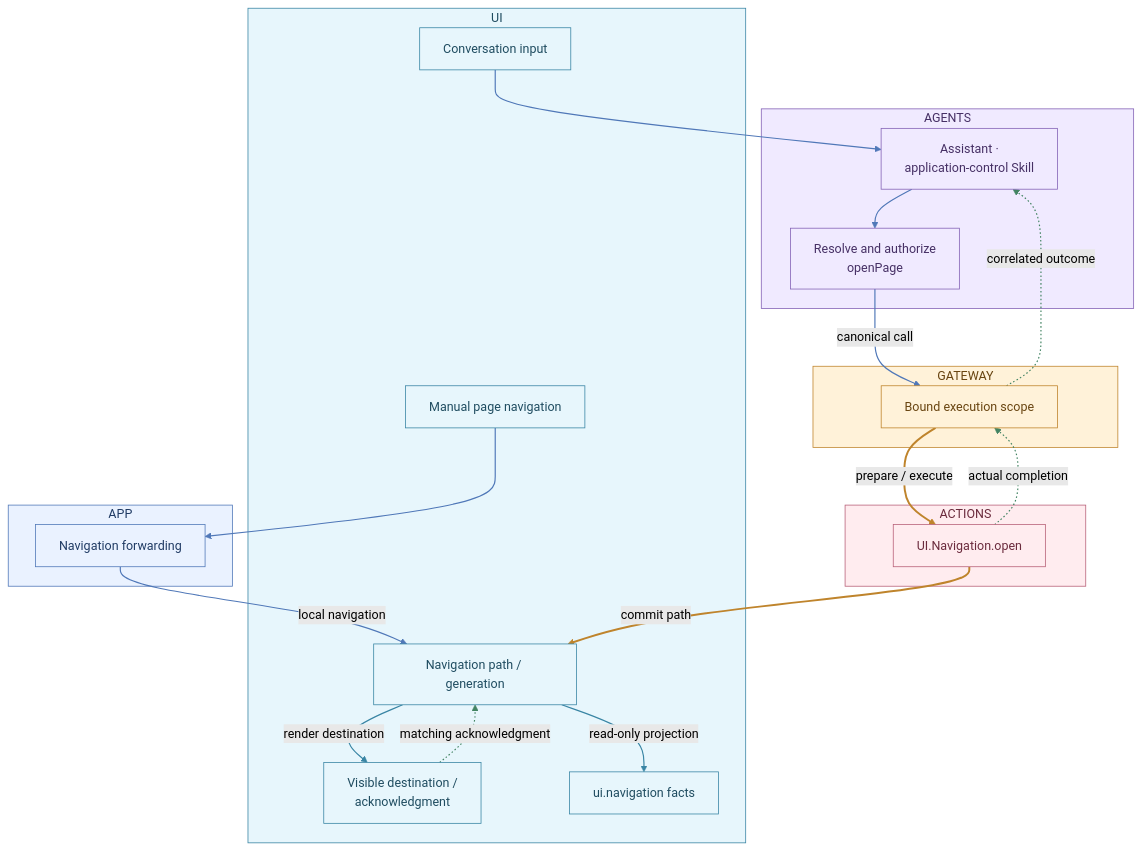
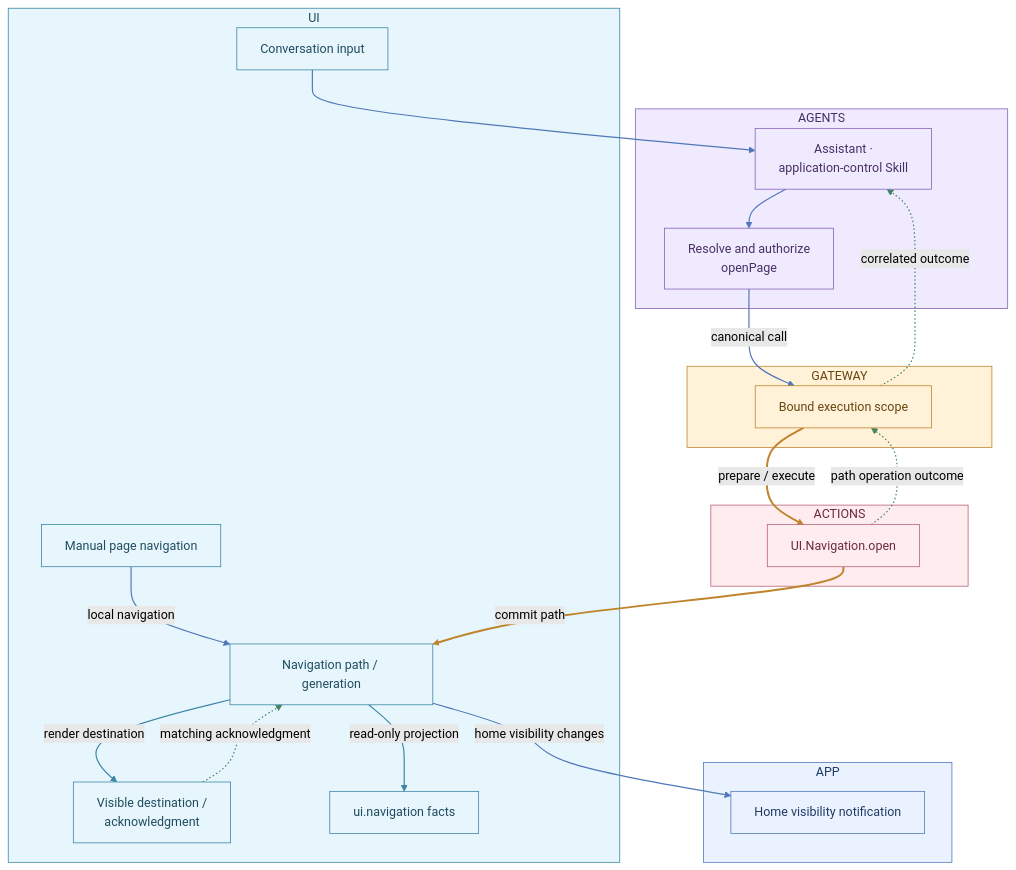
Before and after one commit to devilyouwei/MobileHarness: the ninth of 27 diagrams in MobileHarness/README.md, drawn with Mermaid (forest theme). The commit also changed other lines of this file and 115 other files, not shown here.

````diff
--- a/MobileHarness/README.md
+++ b/MobileHarness/README.md
@@ -574,57 +580,57 @@
 ```mermaid
 flowchart TB
     subgraph Interaction["UI"]
         Touch["Manual page navigation"]:::ui
         Input["Conversation input"]:::ui
         State["Navigation path / generation"]:::ui
         View["Visible destination /<br/>acknowledgment"]:::ui
         Facts["ui.navigation facts"]:::ui
     end
     style Interaction fill:#e7f6fc,stroke:#3985a4,color:#1f4c60
     subgraph Host["APP"]
-        Forward["Navigation forwarding"]:::host
+        Forward["Home visibility notification"]:::host
     end
     style Host fill:#eaf2ff,stroke:#5078b8,color:#203b64
     subgraph Cognition["AGENTS"]
         A["Assistant ·<br/>application-control Skill"]:::agent
         Call["Resolve and authorize<br/>openPage"]:::agent
     end
     style Cognition fill:#f0eaff,stroke:#8261b5,color:#463065
     subgraph Coordination["GATEWAY"]
         G["Bound execution scope"]:::gateway
     end
     style Coordination fill:#fff2d9,stroke:#bf842c,color:#694511
     subgraph Execution["ACTIONS"]
         X["UI.Navigation.open"]:::action
     end
     style Execution fill:#ffecef,stroke:#b86178,color:#6b2b3d
-    Touch --> Forward
-    Forward -->|"local navigation"| State
+    Touch -->|"local navigation"| State
+    State -->|"home visibility changes"| Forward
     Input --> A
     A --> Call
     Call -->|"canonical call"| G
     G ==>|"prepare / execute"| X
     X ==>|"commit path"| State
     State -->|"render destination"| View
     View -.->|"matching acknowledgment"| State
     State -->|"read-only projection"| Facts
-    X -.->|"actual completion"| G
+    X -.->|"path operation outcome"| G
     G -.->|"correlated outcome"| A
     classDef action fill:#ffecef,stroke:#b86178,color:#6b2b3d
     classDef agent fill:#f0eaff,stroke:#8261b5,color:#463065
     classDef gateway fill:#fff2d9,stroke:#bf842c,color:#694511
     classDef host fill:#eaf2ff,stroke:#5078b8,color:#203b64
     classDef ui fill:#e7f6fc,stroke:#3985a4,color:#1f4c60
     linkStyle 0 stroke:#5078b8,stroke-width:1.5px
     linkStyle 1 stroke:#5078b8,stroke-width:1.5px
     linkStyle 2 stroke:#5078b8,stroke-width:1.5px
     linkStyle 3 stroke:#5078b8,stroke-width:1.5px
     linkStyle 4 stroke:#5078b8,stroke-width:1.5px
     linkStyle 5 stroke:#bf842c,stroke-width:2.5px
     linkStyle 6 stroke:#bf842c,stroke-width:2.5px
     linkStyle 7 stroke:#3985a4,stroke-width:1.5px
     linkStyle 8 stroke:#438463,stroke-width:1.5px,stroke-dasharray:2 3
     linkStyle 9 stroke:#3985a4,stroke-width:1.5px
     linkStyle 10 stroke:#438463,stroke-width:1.5px,stroke-dasharray:2 3
     linkStyle 11 stroke:#438463,stroke-width:1.5px,stroke-dasharray:2 3
 ```
````
